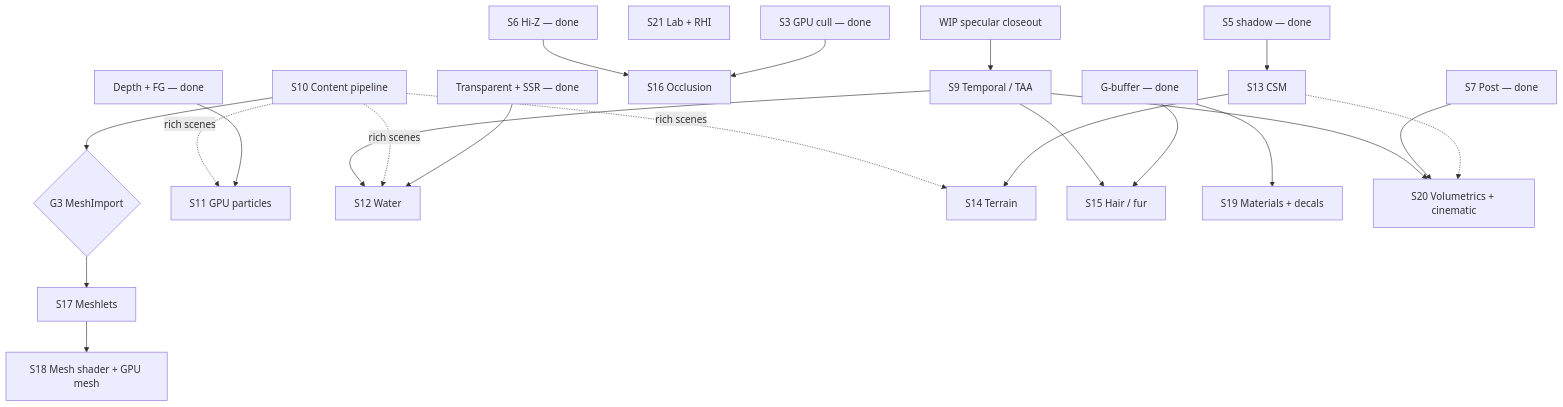
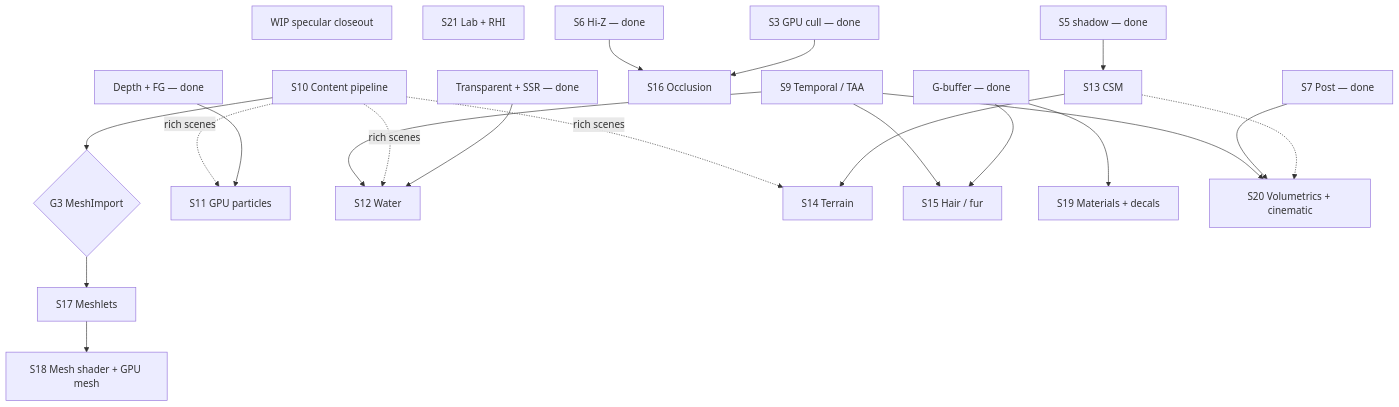
Before and after one commit to PluseggWill/SiriusEngine_VulkanReboot: the diagram in Docs/Active-Plan.md, drawn with Mermaid. The commit also changed other lines of this file and 5 other files, not shown here.

````diff
--- a/Docs/Active-Plan.md
+++ b/Docs/Active-Plan.md
@@ -38,37 +37,36 @@
 ```mermaid
 flowchart TB
   WIP[WIP specular closeout]
   S9[S9 Temporal / TAA]
   S10[S10 Content pipeline]
   G3{G3 MeshImport}
   S11[S11 GPU particles]
   S12[S12 Water]
   S13[S13 CSM]
   S14[S14 Terrain]
   S15[S15 Hair / fur]
   S16[S16 Occlusion]
   S17[S17 Meshlets]
   S18[S18 Mesh shader + GPU mesh]
   S19[S19 Materials + decals]
   S20[S20 Volumetrics + cinematic]
   S21[S21 Lab + RHI]
 
-  WIP --> S9
   S9 --> S12
   S9 --> S15
   S9 --> S20
   S10 --> G3
   S10 -.->|rich scenes| S11
   S10 -.->|rich scenes| S12
   S10 -.->|rich scenes| S14
   DepthFG[Depth + FG — done] --> S11
   TransSSR[Transparent + SSR — done] --> S12
   S5done[S5 shadow — done] --> S13 --> S14
   GBdone[G-buffer — done] --> S15
   GBdone --> S19
   S6done[S6 Hi-Z — done] --> S16
   S3done[S3 GPU cull — done] --> S16
   G3 --> S17 --> S18
   S7done[S7 Post — done] --> S20
   S13 -.-> S20
 ```
````
